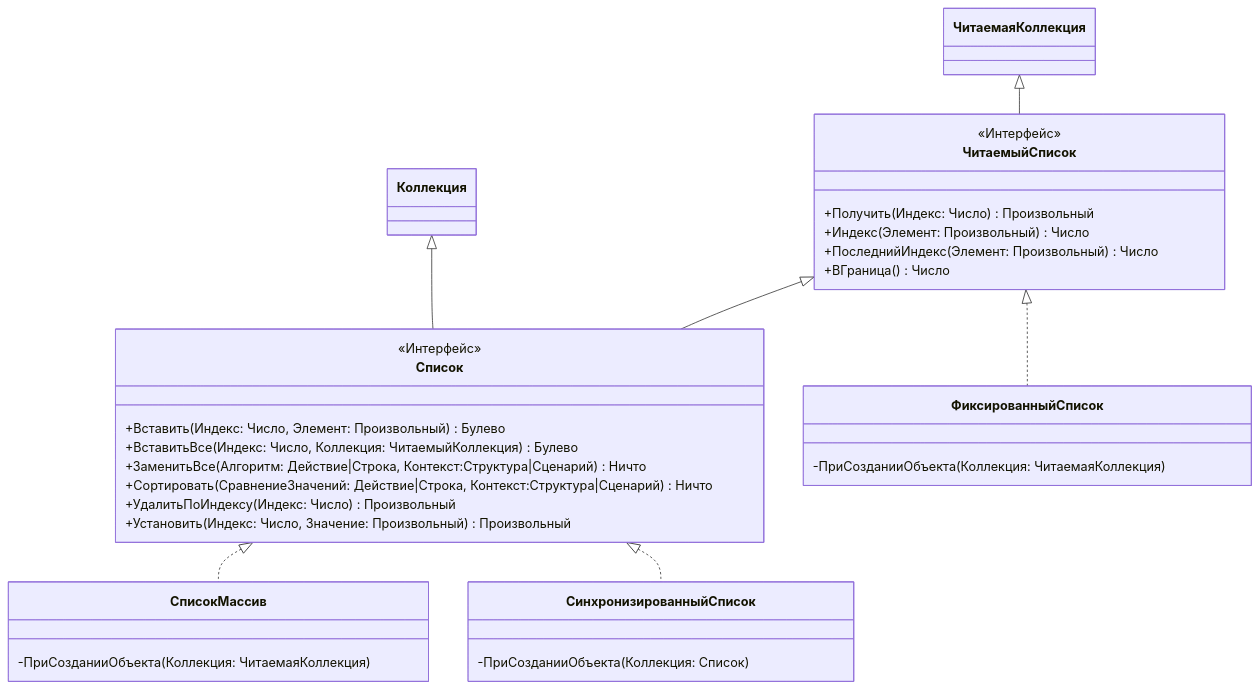
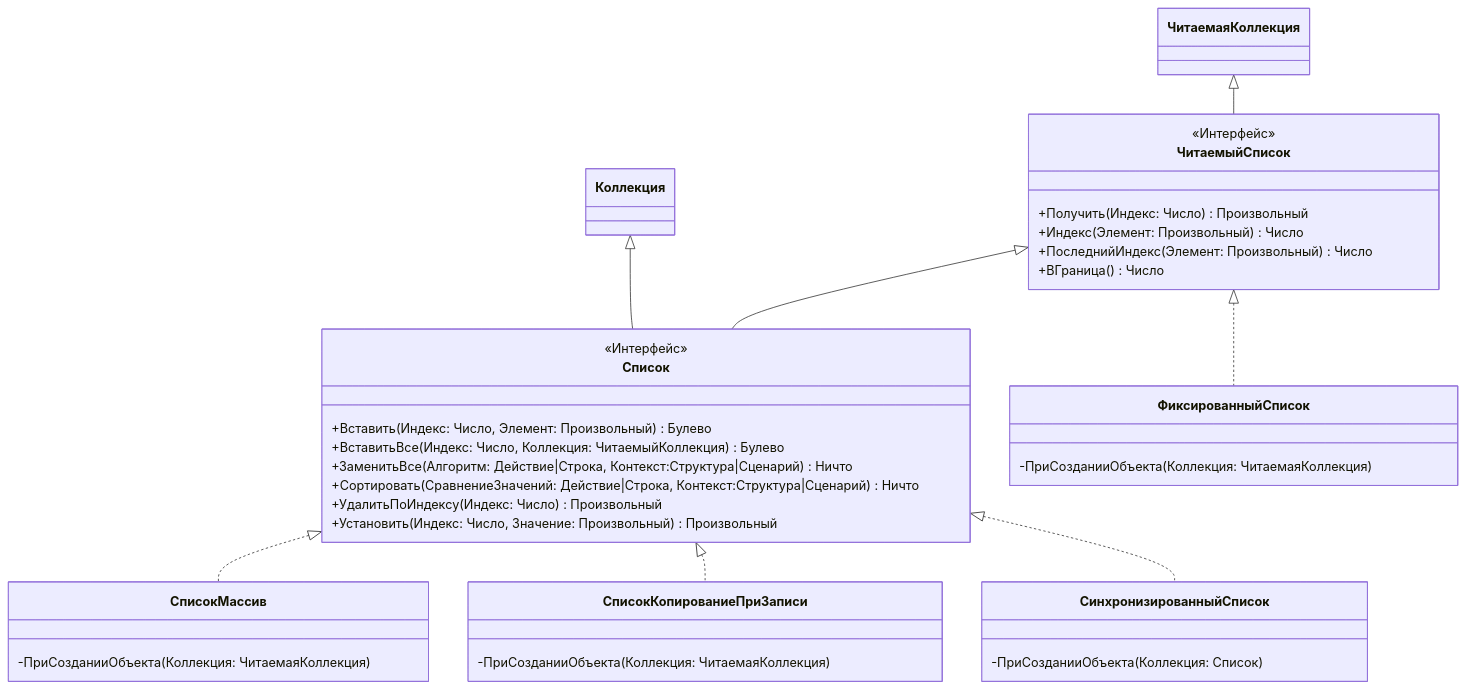
Before and after one commit to sfaqer/collectionos: the third of 6 diagrams in README.md, drawn with Mermaid. The commit also changed other lines of this file and 49 other files, not shown here.

````diff
--- a/README.md
+++ b/README.md
@@ -151,42 +168,47 @@
 ```mermaid
 classDiagram
 
 ЧитаемаяКоллекция <|-- ЧитаемыйСписок
 Коллекция <|-- Список
 ЧитаемыйСписок <|-- Список
 ЧитаемыйСписок <|.. ФиксированныйСписок
 
 Список <|.. СписокМассив
+Список <|.. СписокКопированиеПриЗаписи
 Список <|.. СинхронизированныйСписок
 
 class ЧитаемыйСписок {
     <<Интерфейс>>
     +Получить(Индекс: Число) Произвольный
     +Индекс(Элемент: Произвольный) Число
     +ПоследнийИндекс(Элемент: Произвольный) Число
     +ВГраница() Число
 }
 
 class Список {
     <<Интерфейс>>
     +Вставить(Индекс: Число, Элемент: Произвольный) Булево
     +ВставитьВсе(Индекс: Число, Коллекция: ЧитаемыйКоллекция) Булево
     +ЗаменитьВсе(Алгоритм: Действие|Строка, Контекст:Структура|Сценарий) Ничто
     +Сортировать(СравнениеЗначений: Действие|Строка, Контекст:Структура|Сценарий) Ничто
     +УдалитьПоИндексу(Индекс: Число) Произвольный
     +Установить(Индекс: Число, Значение: Произвольный) Произвольный
 }
 
 class ФиксированныйСписок {
     -ПриСозданииОбъекта(Коллекция: ЧитаемаяКоллекция)
 }
 
 class СписокМассив {
     -ПриСозданииОбъекта(Коллекция: ЧитаемаяКоллекция)
 }
 
+class СписокКопированиеПриЗаписи {
+    -ПриСозданииОбъекта(Коллекция: ЧитаемаяКоллекция)
+}
+
 class СинхронизированныйСписок {
     -ПриСозданииОбъекта(Коллекция: Список)
 }
 
 ```
````
